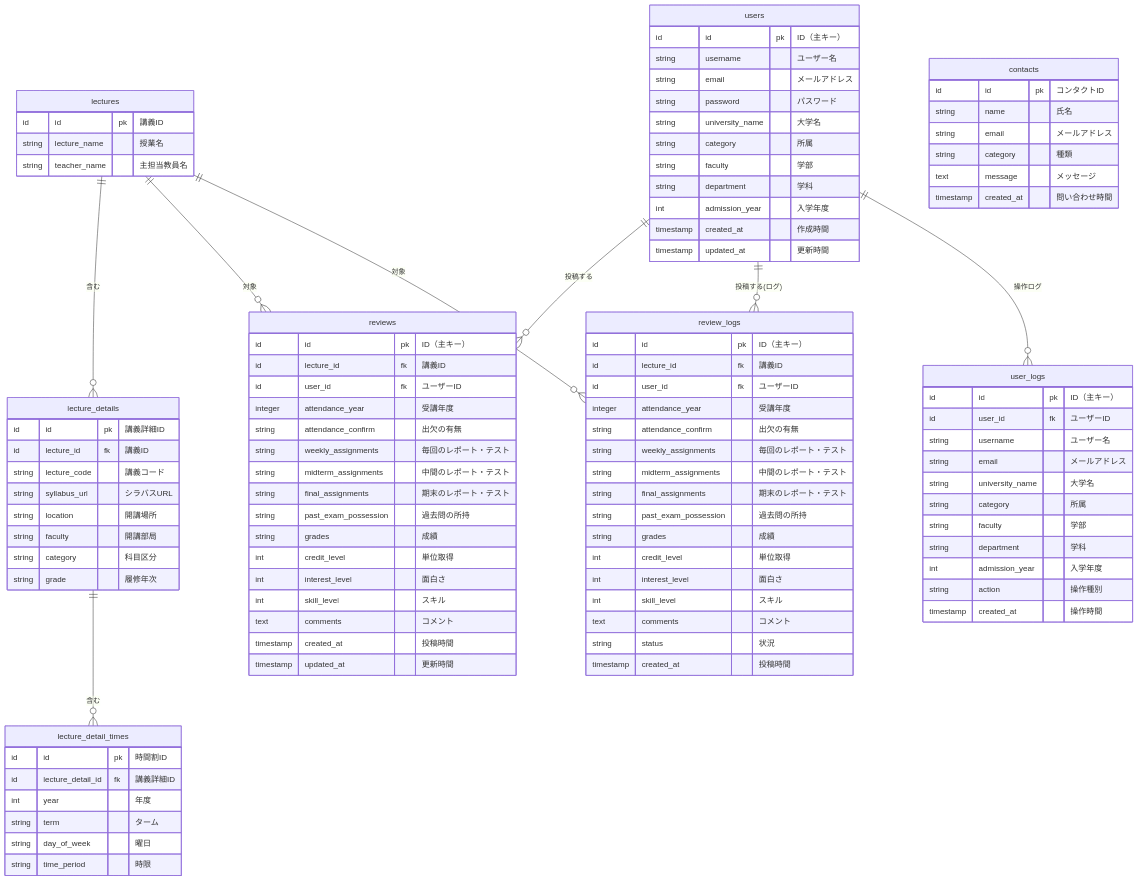
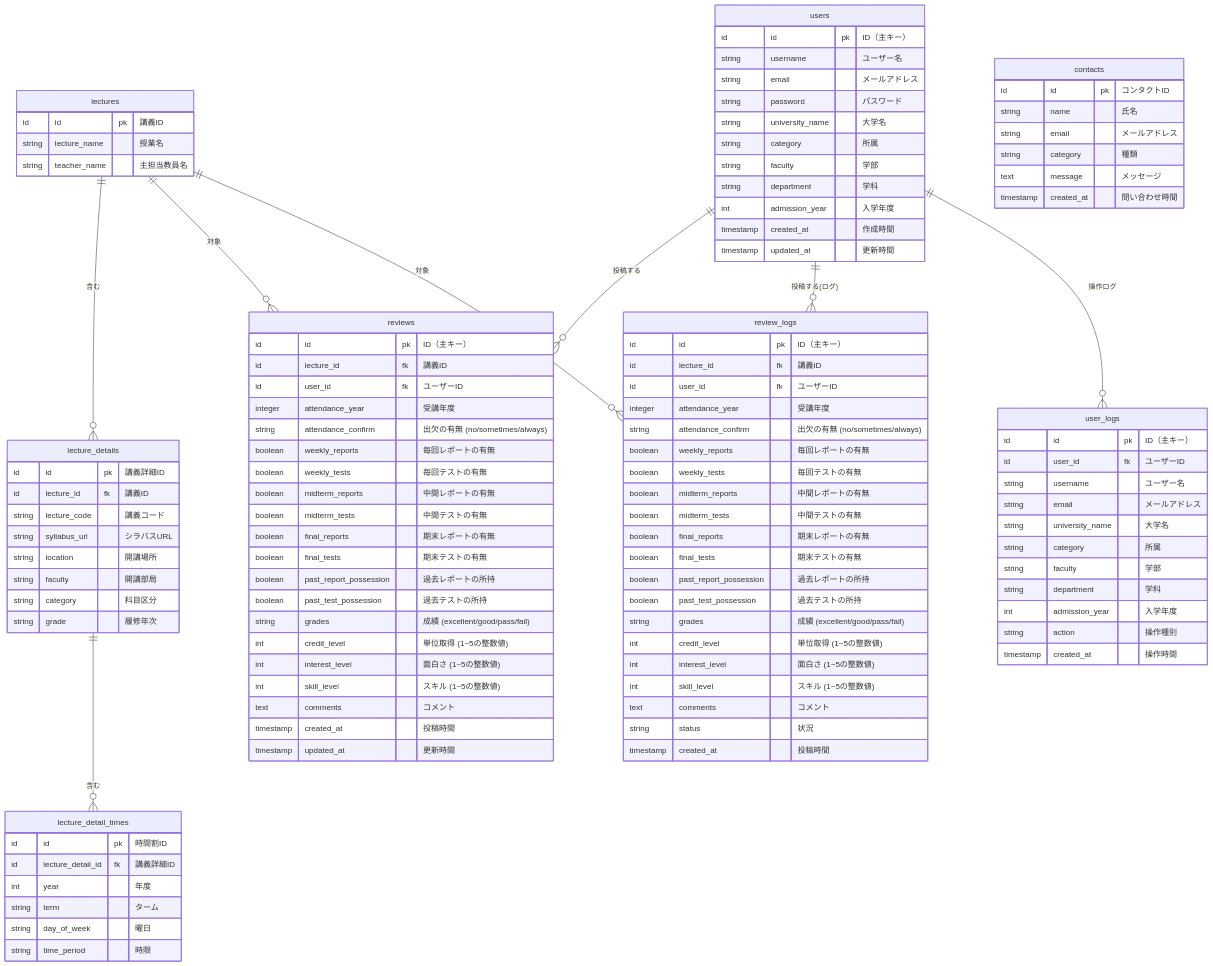
Before and after one commit to HirodaiTarou/kaede-django-next.js: the diagram in docs/database.md, drawn with Mermaid. The commit also changed other lines of this file, not shown here.

Commit message:
#10 reviewsとreview_logsのDB設計ドキュメントを変更

```diff
--- a/docs/database.md
+++ b/docs/database.md
@@ -62,15 +62,19 @@
     id lecture_id fk "講義ID"
     id user_id fk "ユーザーID"
     integer attendance_year "受講年度"
-    string attendance_confirm "出欠の有無"
-    string weekly_assignments "毎回のレポート・テスト"
-    string midterm_assignments "中間のレポート・テスト"
-    string final_assignments "期末のレポート・テスト"
-    string past_exam_possession "過去問の所持"
-    string grades "成績"
-    int credit_level "単位取得"
-    int interest_level "面白さ"
-    int skill_level "スキル"
+    string attendance_confirm "出欠の有無 (no/sometimes/always)"
+    boolean weekly_reports "毎回レポートの有無"
+    boolean weekly_tests "毎回テストの有無"
+    boolean midterm_reports "中間レポートの有無"
+    boolean midterm_tests "中間テストの有無"
+    boolean final_reports "期末レポートの有無"
+    boolean final_tests "期末テストの有無"
+    boolean past_report_possession "過去レポートの所持"
+    boolean past_test_possession "過去テストの所持"
+    string grades "成績 (excellent/good/pass/fail)"
+    int credit_level "単位取得 (1~5の整数値)"
+    int interest_level "面白さ (1~5の整数値)"
+    int skill_level "スキル (1~5の整数値)"
     text comments "コメント"
     timestamp created_at "投稿時間"
     timestamp updated_at "更新時間"
@@ -81,15 +85,19 @@
     id lecture_id fk "講義ID"
     id user_id fk "ユーザーID"
     integer attendance_year "受講年度"
-    string attendance_confirm "出欠の有無"
-    string weekly_assignments "毎回のレポート・テスト"
-    string midterm_assignments "中間のレポート・テスト"
-    string final_assignments "期末のレポート・テスト"
-    string past_exam_possession "過去問の所持"
-    string grades "成績"
-    int credit_level "単位取得"
-    int interest_level "面白さ"
-    int skill_level "スキル"
+    string attendance_confirm "出欠の有無 (no/sometimes/always)"
+    boolean weekly_reports "毎回レポートの有無"
+    boolean weekly_tests "毎回テストの有無"
+    boolean midterm_reports "中間レポートの有無"
+    boolean midterm_tests "中間テストの有無"
+    boolean final_reports "期末レポートの有無"
+    boolean final_tests "期末テストの有無"
+    boolean past_report_possession "過去レポートの所持"
+    boolean past_test_possession "過去テストの所持"
+    string grades "成績 (excellent/good/pass/fail)"
+    int credit_level "単位取得 (1~5の整数値)"
+    int interest_level "面白さ (1~5の整数値)"
+    int skill_level "スキル (1~5の整数値)"
     text comments "コメント"
     string status "状況"
     timestamp created_at "投稿時間"
```
